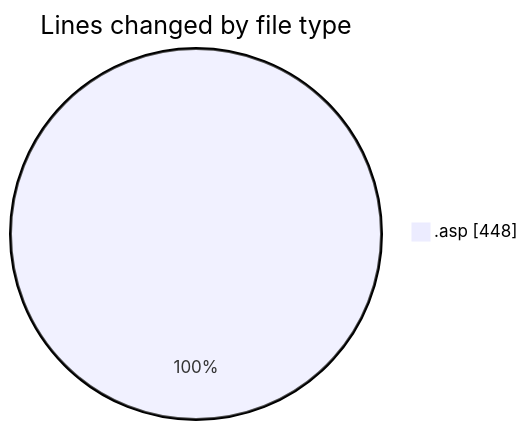
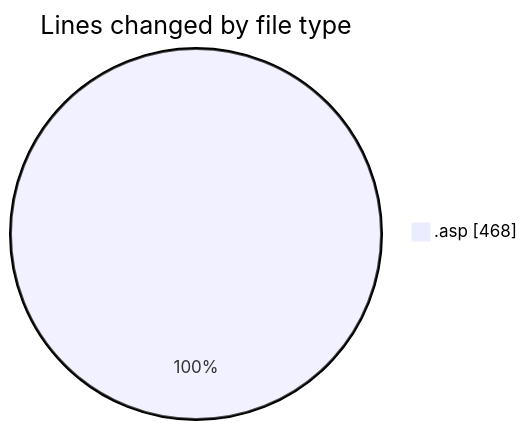
One commit to julien-gomy/code-tracking changed the first of 2 diagrams in 2025-11-15/cdp_aleoudev_fr__workspace_/README.md. Above: the diagram before and after it, drawn with Mermaid. The commit also changed other lines of this file and 1 other file, not shown here.

````diff
--- a/2025-11-15/cdp_aleoudev_fr__workspace_/README.md
+++ b/2025-11-15/cdp_aleoudev_fr__workspace_/README.md
@@ -25,5 +25,5 @@
 ```mermaid
 pie showData
 title Lines changed by file type
-".asp" : 448
+".asp" : 468
 ```
````
